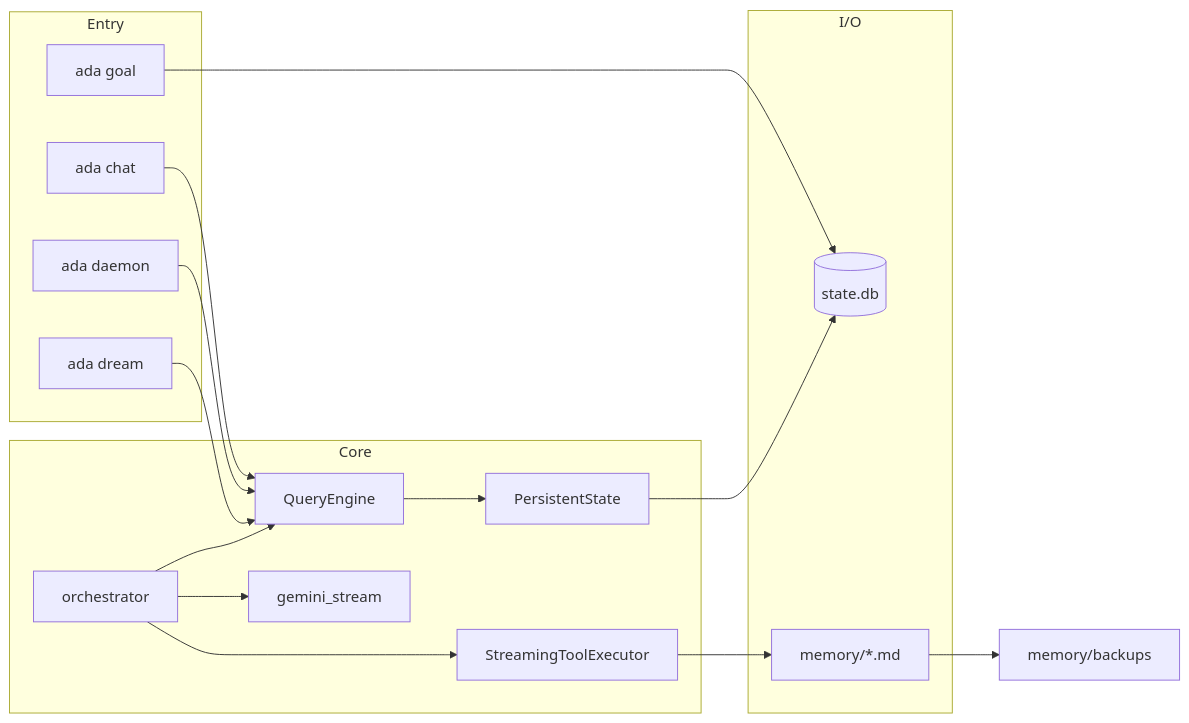
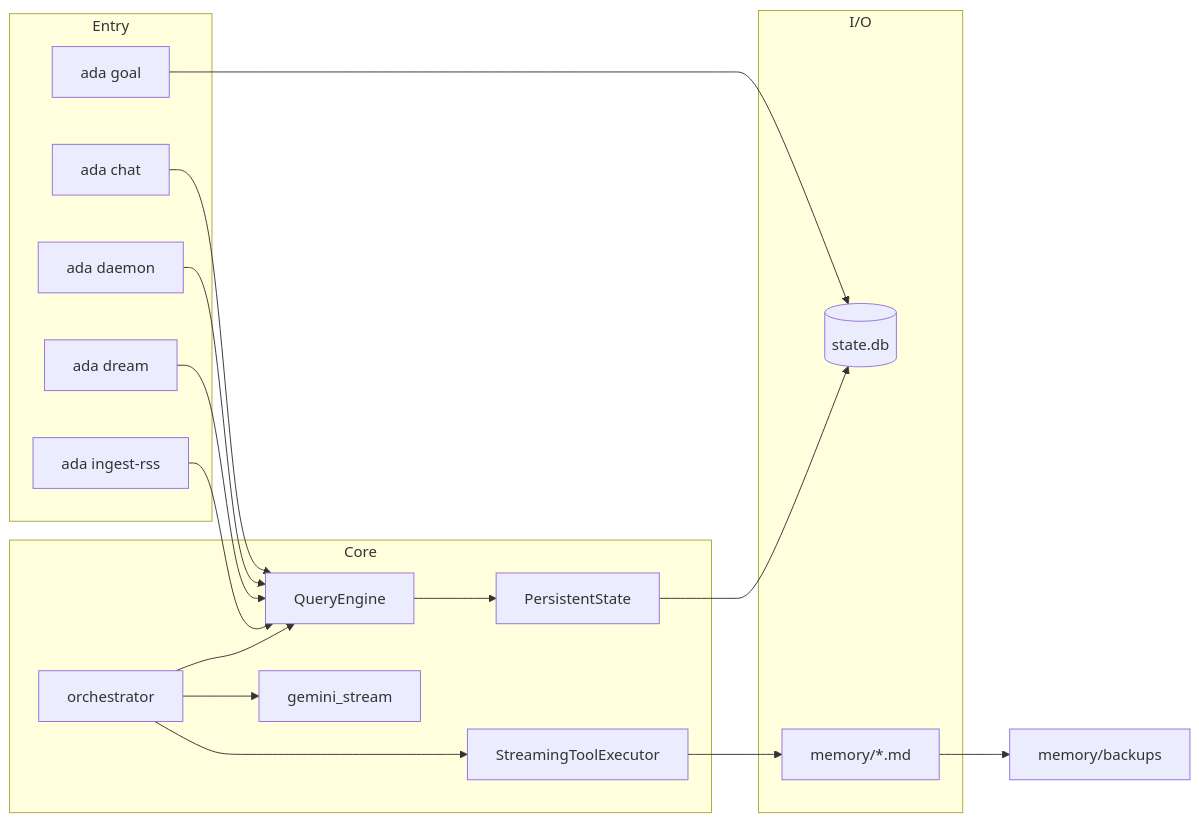
Before and after one commit to aryanjohari/ADA: the diagram in README.md, drawn with Mermaid. The commit also changed other lines of this file and 30 other files, not shown here.

````diff
--- a/README.md
+++ b/README.md
@@ -66,31 +67,33 @@
 ```mermaid
 flowchart LR
   subgraph entry [Entry]
     Chat[ada chat]
     GoalCLI[ada goal]
     Daemon[ada daemon]
     Dream[ada dream]
+    Ingest[ada ingest-rss]
   end
   subgraph core [Core]
     QE[QueryEngine]
     PS[PersistentState]
     Orch[orchestrator]
     Adp[gemini_stream]
     Ex[StreamingToolExecutor]
   end
   subgraph io [I/O]
     DB[(state.db)]
     Mem[memory/*.md]
   end
   Chat --> QE
   GoalCLI --> DB
   Daemon --> QE
   Dream --> QE
+  Ingest --> QE
   QE --> PS
   PS --> DB
   Orch --> QE
   Orch --> Adp
   Orch --> Ex
   Ex --> Mem
   Mem --> backups[memory/backups]
 ```
````
